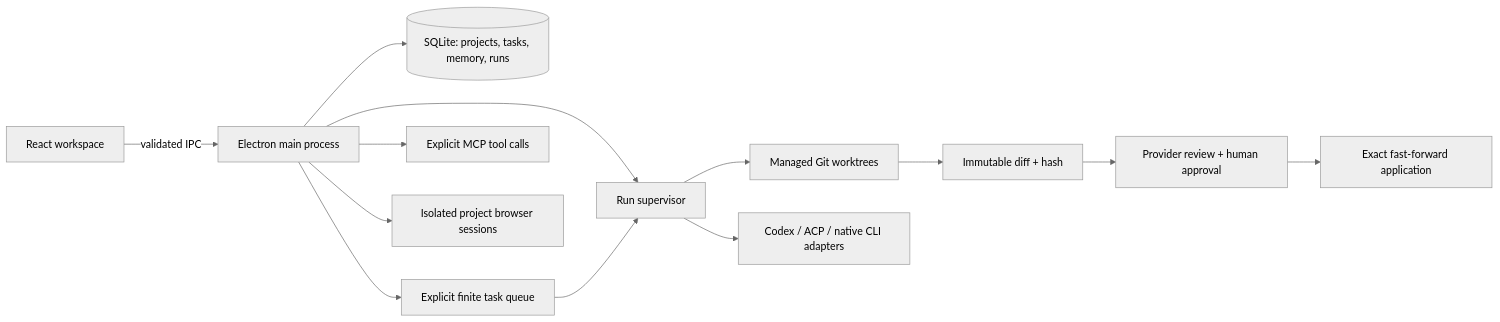
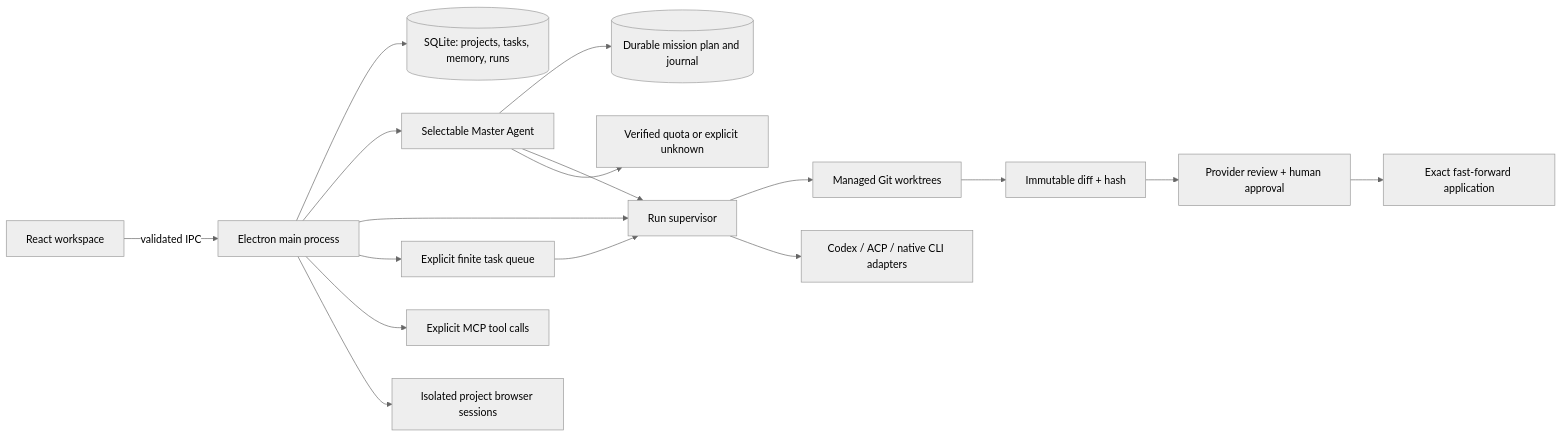
The diagram in README.md (aievolutionpl/agentic-os), drawn with Mermaid (neutral theme) before and after one commit. The commit also changed other lines of this file and 76 other files, not shown here.

Commit message:
feat: add durable Master Agent planning and delegation

````diff
--- a/README.md
+++ b/README.md
@@ -98,15 +114,19 @@
 ```mermaid
 flowchart LR
   UI[React workspace] -->|validated IPC| Main[Electron main process]
   Main --> DB[(SQLite: projects, tasks, memory, runs)]
+  Main --> Master[Selectable Master Agent]
+  Master --> Missions[(Durable mission plan and journal)]
+  Master --> Supervisor
+  Master --> Quota[Verified quota or explicit unknown]
   Main --> Supervisor[Run supervisor]
   Main --> Queue[Explicit finite task queue]
   Queue --> Supervisor
   Supervisor --> Git[Managed Git worktrees]
   Supervisor --> Providers[Codex / ACP / native CLI adapters]
   Git --> Artifact[Immutable diff + hash]
   Artifact --> Review[Provider review + human approval]
   Review --> Apply[Exact fast-forward application]
   Main --> MCP[Explicit MCP tool calls]
   Main --> Browser[Isolated project browser sessions]
 ```
````
